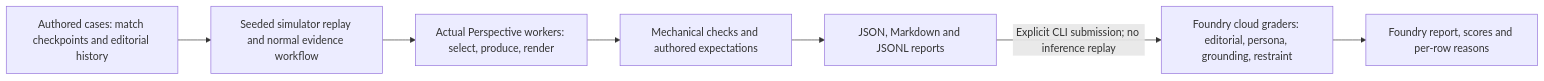
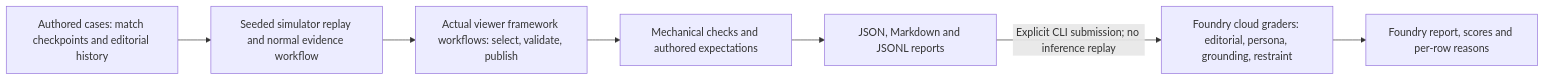
One commit to shantanu1singh/matchos changed the eighth of 8 diagrams in ARCHITECTURE.md. Above: the diagram before and after it, drawn with Mermaid. The commit also changed other lines of this file and 23 other files, not shown here.

Commit message:
Redo architecture

````diff
--- a/ARCHITECTURE.md
+++ b/ARCHITECTURE.md
@@ -269,12 +394,12 @@
 ```mermaid
 flowchart LR
     Cases["Authored cases: match checkpoints and editorial history"]
     Replay["Seeded simulator replay and normal evidence workflow"]
-    Workers["Actual Perspective workers: select, produce, render"]
+    Workers["Actual viewer framework workflows: select, validate, publish"]
     Checks["Mechanical checks and authored expectations"]
     Saved["JSON, Markdown and JSONL reports"]
     Graders["Foundry cloud graders: editorial, persona, grounding, restraint"]
     Results["Foundry report, scores and per-row reasons"]
     Cases --> Replay --> Workers --> Checks --> Saved
     Saved -->|"Explicit CLI submission; no inference replay"| Graders --> Results
 ```
````
